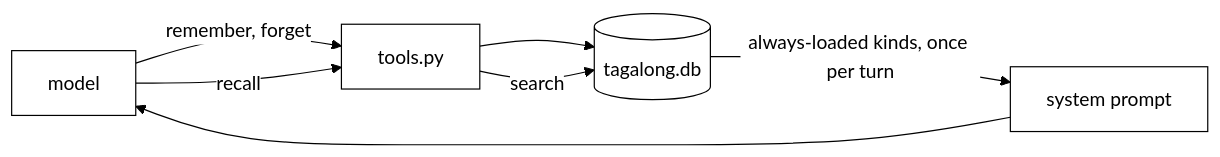
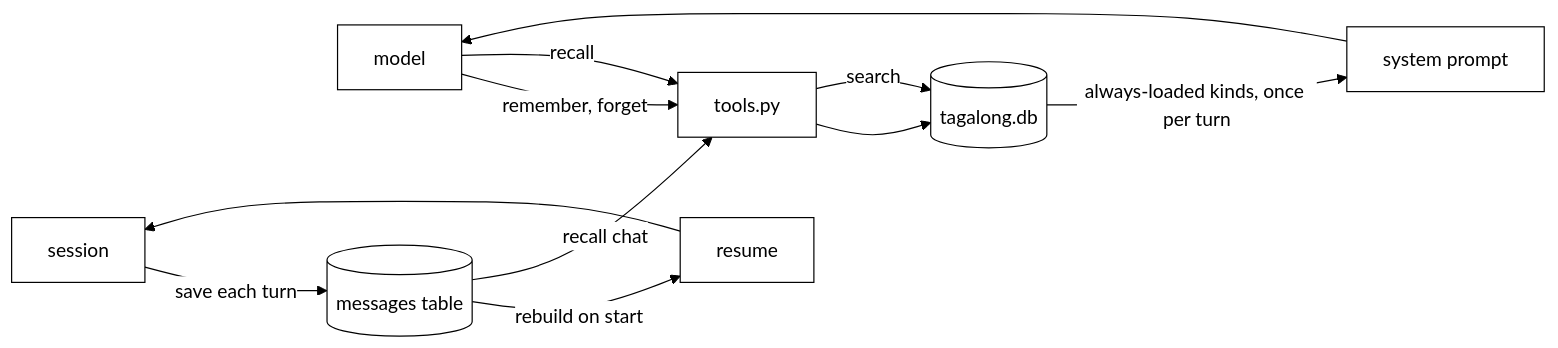
Before and after one commit to nadeem4/tagalong: the first of 2 diagrams in docs/memory.md, drawn with Mermaid. The commit also changed other lines of this file and 12 other files, not shown here.

First line of the commit message:
feat(brain): saved chat, resume after restart, compaction summaries (6b) (#176)

````diff
--- a/docs/memory.md
+++ b/docs/memory.md
@@ -51,10 +65,14 @@
 ```mermaid
 %%{init: {'theme':'base','themeVariables':{'primaryColor':'#ffffff','primaryTextColor':'#000000','primaryBorderColor':'#000000','lineColor':'#000000'}}}%%
 flowchart LR
     M[model] -->|remember, forget| T[tools.py]
     T --> S[(tagalong.db)]
     S -->|always-loaded kinds, once per turn| P[system prompt]
     P --> M
     M -->|recall| T
     T -->|search| S
+    SE[session] -->|save each turn| MS[(messages table)]
+    MS -->|rebuild on start| R[resume]
+    R --> SE
+    MS -->|recall chat| T
 ```
````
